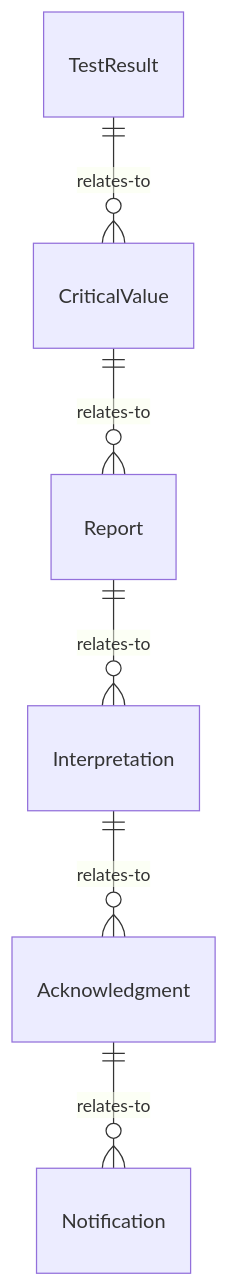
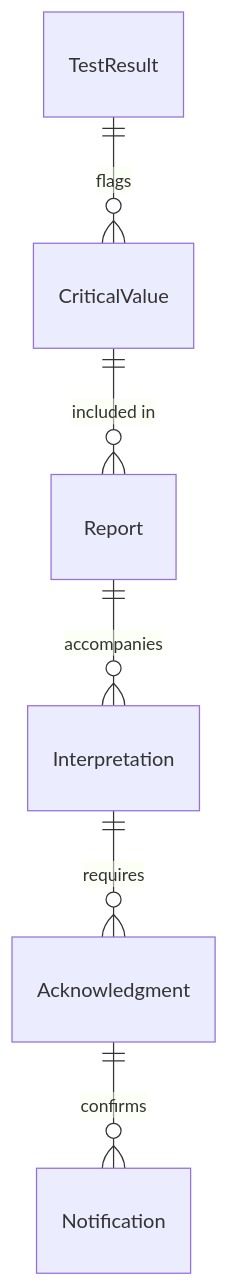
One commit to dot-org-ai/tasks.org.ai changed the first of 4 diagrams in CommunicatingWithSupervisorsPeersOrSubordinates/ConferWithHealthcareOrOtherProfessionalsAboutPatientCare/CommunicateTestAssessmentResultsMedical.mdx. Above: the diagram before and after it, drawn with Mermaid. The commit also changed other lines of this file and 515 other files, not shown here.

````diff
--- a/CommunicatingWithSupervisorsPeersOrSubordinates/ConferWithHealthcareOrOtherProfessionalsAboutPatientCare/CommunicateTestAssessmentResultsMedical.mdx
+++ b/CommunicatingWithSupervisorsPeersOrSubordinates/ConferWithHealthcareOrOtherProfessionalsAboutPatientCare/CommunicateTestAssessmentResultsMedical.mdx
@@ -88,8 +88,8 @@
 ```mermaid
 erDiagram
-    TestResult ||--o{ CriticalValue : relates-to
-    CriticalValue ||--o{ Report : relates-to
-    Report ||--o{ Interpretation : relates-to
-    Interpretation ||--o{ Acknowledgment : relates-to
-    Acknowledgment ||--o{ Notification : relates-to
+    TestResult ||--o{ CriticalValue : flags
+    CriticalValue ||--o{ Report : "included in"
+    Report ||--o{ Interpretation : accompanies
+    Interpretation ||--o{ Acknowledgment : requires
+    Acknowledgment ||--o{ Notification : confirms
 ```
````
